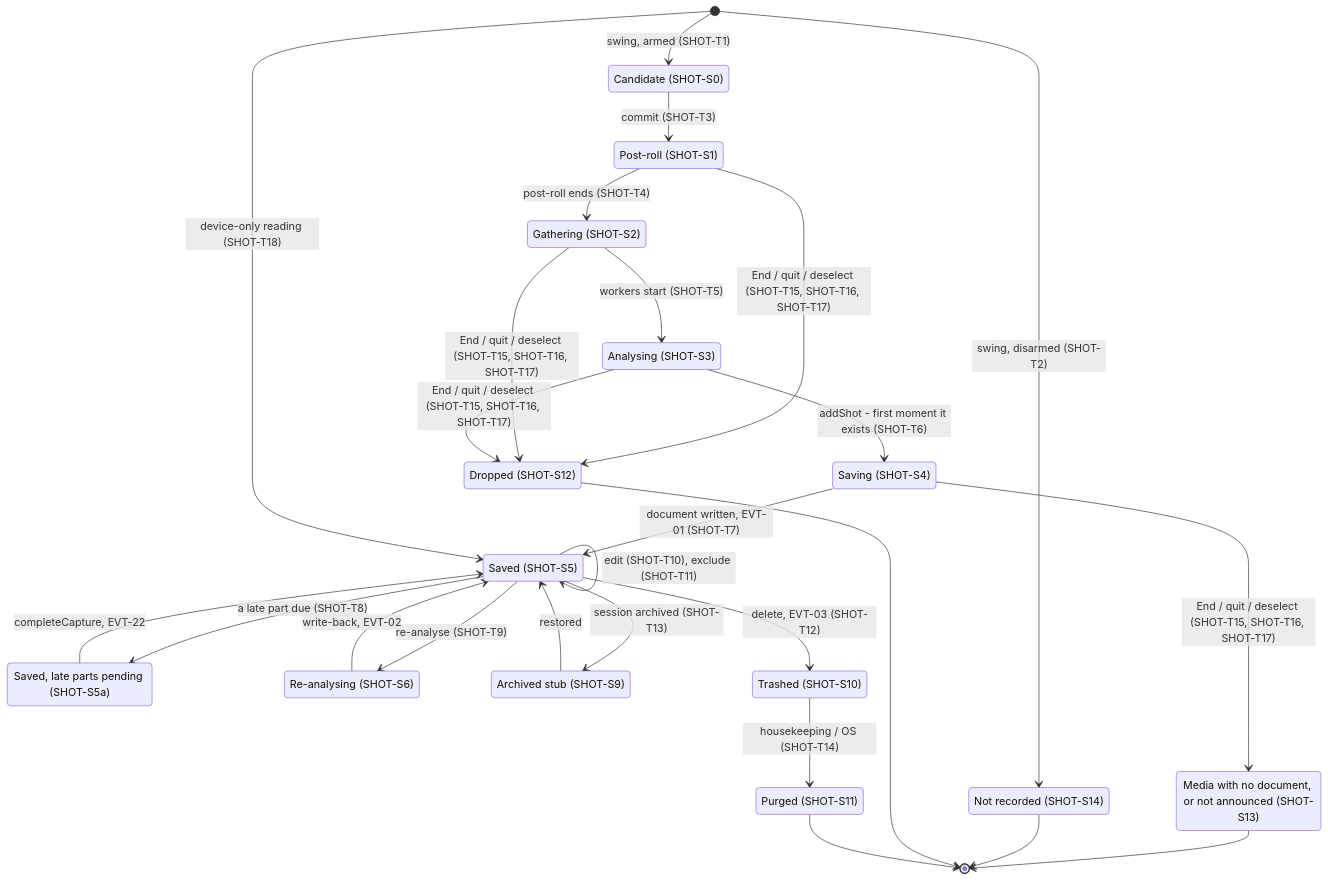
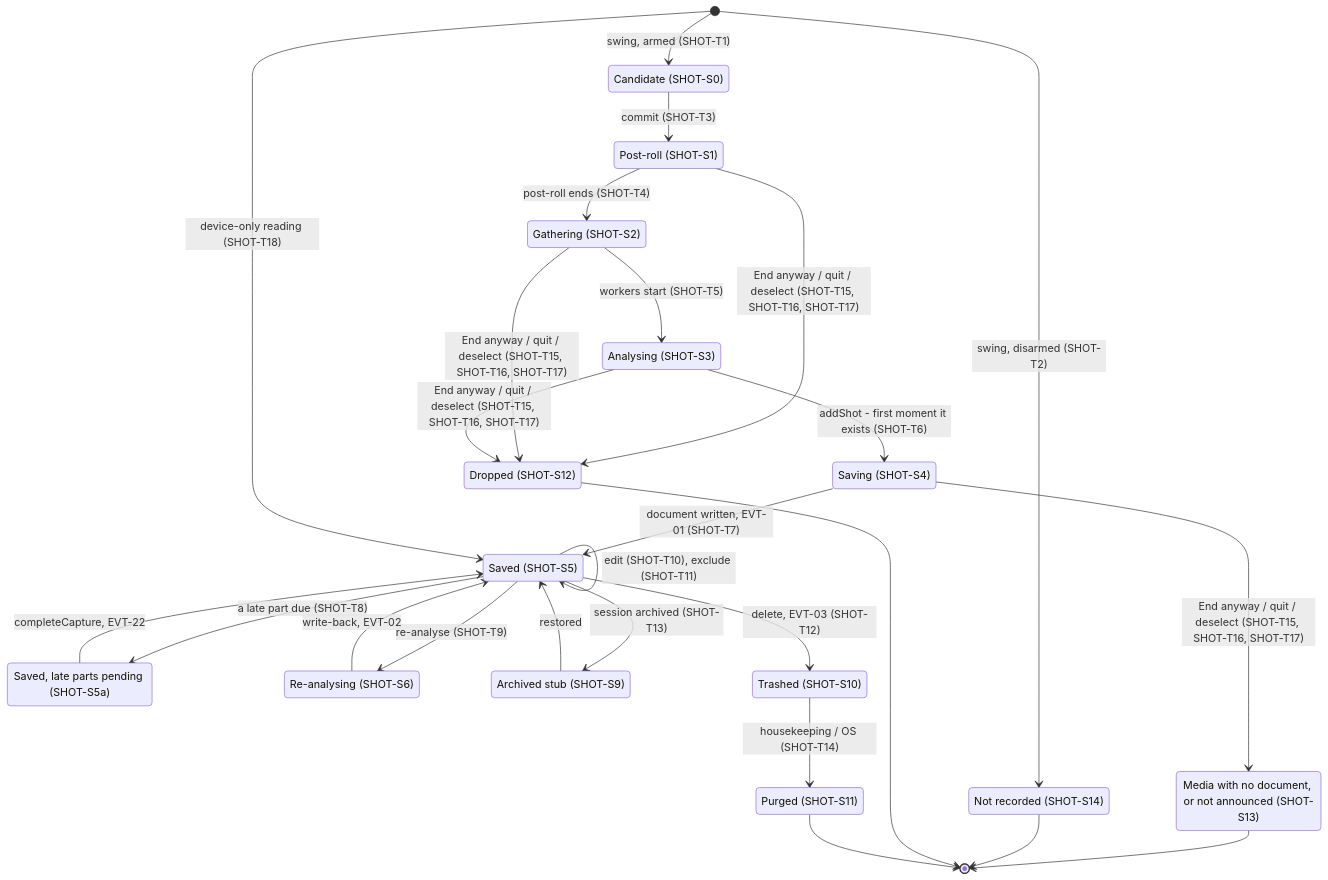
The fifth of 8 diagrams in governance/artefacts/lifecycle_model.md (PinPoint-Golf/PinPointStudio), drawn with Mermaid before and after one commit. The commit also changed other lines of this file and 1 other file, not shown here.

First line of the commit message:
Governance: the lifecycle model records the End and quit waits and the start paths that landed today

````diff
--- a/governance/artefacts/lifecycle_model.md
+++ b/governance/artefacts/lifecycle_model.md
@@ -325,42 +325,42 @@
 ```mermaid
 stateDiagram-v2
     state "Candidate (SHOT-S0)" as Candidate
     state "Post-roll (SHOT-S1)" as PostRoll
     state "Gathering (SHOT-S2)" as Gathering
     state "Analysing (SHOT-S3)" as Analysing
     state "Saving (SHOT-S4)" as Saving
     state "Saved (SHOT-S5)" as Saved
     state "Saved, late parts pending (SHOT-S5a)" as LatePending
     state "Re-analysing (SHOT-S6)" as Reanalysing
     state "Archived stub (SHOT-S9)" as ArchivedStub
     state "Trashed (SHOT-S10)" as Trashed
     state "Purged (SHOT-S11)" as Purged
     state "Dropped (SHOT-S12)" as Dropped
     state "Media with no document, or not announced (SHOT-S13)" as MediaNoDocument
     state "Not recorded (SHOT-S14)" as NotRecorded
     [*] --> Candidate: swing, armed (SHOT-T1)
     [*] --> NotRecorded: swing, disarmed (SHOT-T2)
     Candidate --> PostRoll: commit (SHOT-T3)
     PostRoll --> Gathering: post-roll ends (SHOT-T4)
     Gathering --> Analysing: workers start (SHOT-T5)
     Analysing --> Saving: addShot - first moment it exists (SHOT-T6)
     Saving --> Saved: document written, EVT-01 (SHOT-T7)
     Saved --> LatePending: a late part due (SHOT-T8)
     LatePending --> Saved: completeCapture, EVT-22
     Saved --> Saved: edit (SHOT-T10), exclude (SHOT-T11)
     Saved --> Reanalysing: re-analyse (SHOT-T9)
     Reanalysing --> Saved: write-back, EVT-02
     Saved --> ArchivedStub: session archived (SHOT-T13)
     ArchivedStub --> Saved: restored
     Saved --> Trashed: delete, EVT-03 (SHOT-T12)
     Trashed --> Purged: housekeeping / OS (SHOT-T14)
-    PostRoll --> Dropped: End / quit / deselect (SHOT-T15, SHOT-T16, SHOT-T17)
-    Gathering --> Dropped: End / quit / deselect (SHOT-T15, SHOT-T16, SHOT-T17)
-    Analysing --> Dropped: End / quit / deselect (SHOT-T15, SHOT-T16, SHOT-T17)
-    Saving --> MediaNoDocument: End / quit / deselect (SHOT-T15, SHOT-T16, SHOT-T17)
+    PostRoll --> Dropped: End anyway / quit / deselect (SHOT-T15, SHOT-T16, SHOT-T17)
+    Gathering --> Dropped: End anyway / quit / deselect (SHOT-T15, SHOT-T16, SHOT-T17)
+    Analysing --> Dropped: End anyway / quit / deselect (SHOT-T15, SHOT-T16, SHOT-T17)
+    Saving --> MediaNoDocument: End anyway / quit / deselect (SHOT-T15, SHOT-T16, SHOT-T17)
     [*] --> Saved: device-only reading (SHOT-T18)
     MediaNoDocument --> [*]
     NotRecorded --> [*]
     Dropped --> [*]
     Purged --> [*]
 ```
````
